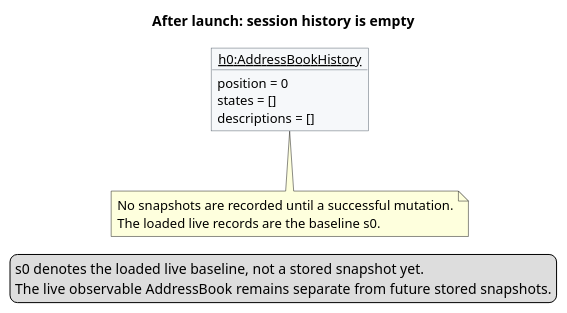
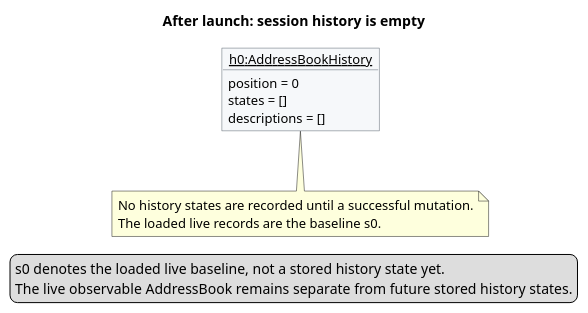
One commit to AY2627S1-CS2103T-F15-2/tp changed the diagram in docs/diagrams/UndoRedoState0.puml. Above: the diagram before and after it, drawn with PlantUML. The commit also changed 22 other files, not shown here.

```diff
--- a/docs/diagrams/UndoRedoState0.puml
+++ b/docs/diagrams/UndoRedoState0.puml
@@ -1,28 +1,28 @@
 @startuml
 skinparam shadowing false
 skinparam defaultFontName Arial
 skinparam defaultFontSize 13
 skinparam objectAttributeIconSize 0
 skinparam objectBackgroundColor #F6F8FA
 skinparam objectBorderColor #59636E
 skinparam ArrowColor #59636E
 hide empty members
 
 title After launch: session history is empty
 
 object "<u>h0:AddressBookHistory</u>" as history {
   position = 0
   states = []
   descriptions = []
 }
 
 note bottom of history
-  No snapshots are recorded until a successful mutation.
+  No history states are recorded until a successful mutation.
   The loaded live records are the baseline s0.
 end note
 
 legend bottom
-  s0 denotes the loaded live baseline, not a stored snapshot yet.
-  The live observable AddressBook remains separate from future stored snapshots.
+  s0 denotes the loaded live baseline, not a stored history state yet.
+  The live observable AddressBook remains separate from future stored history states.
 endlegend
 @enduml
```
